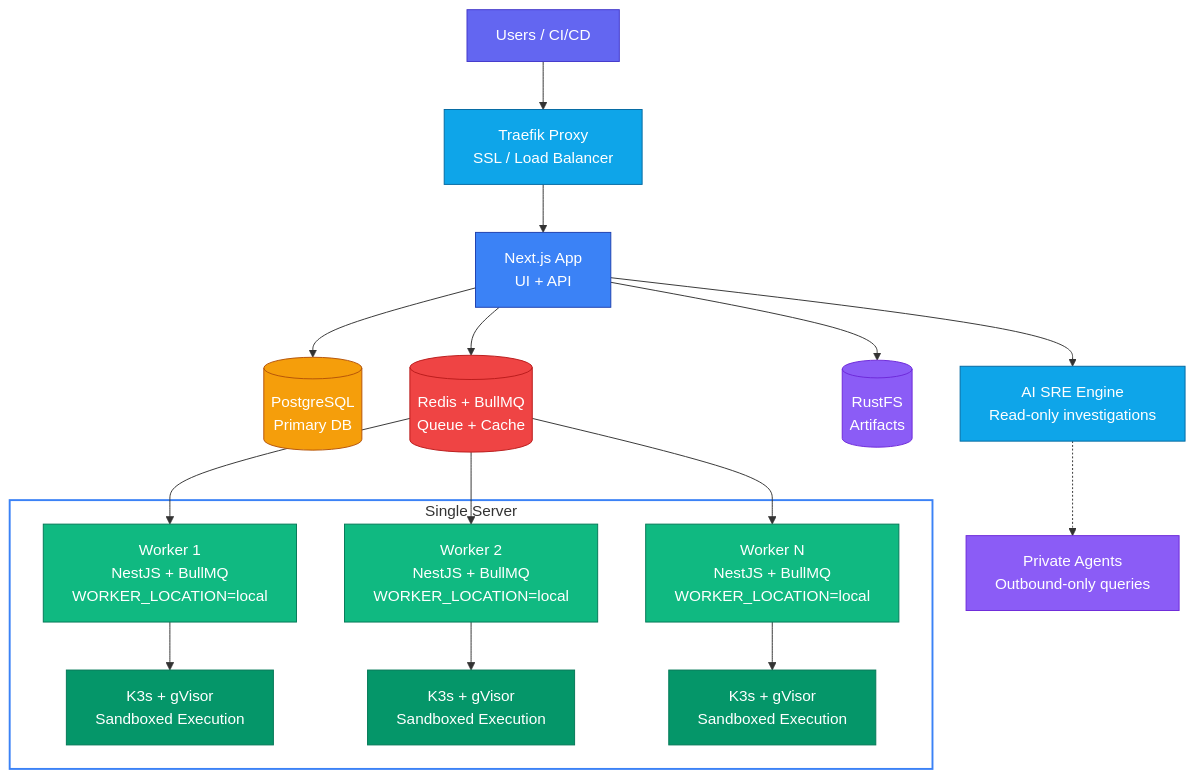
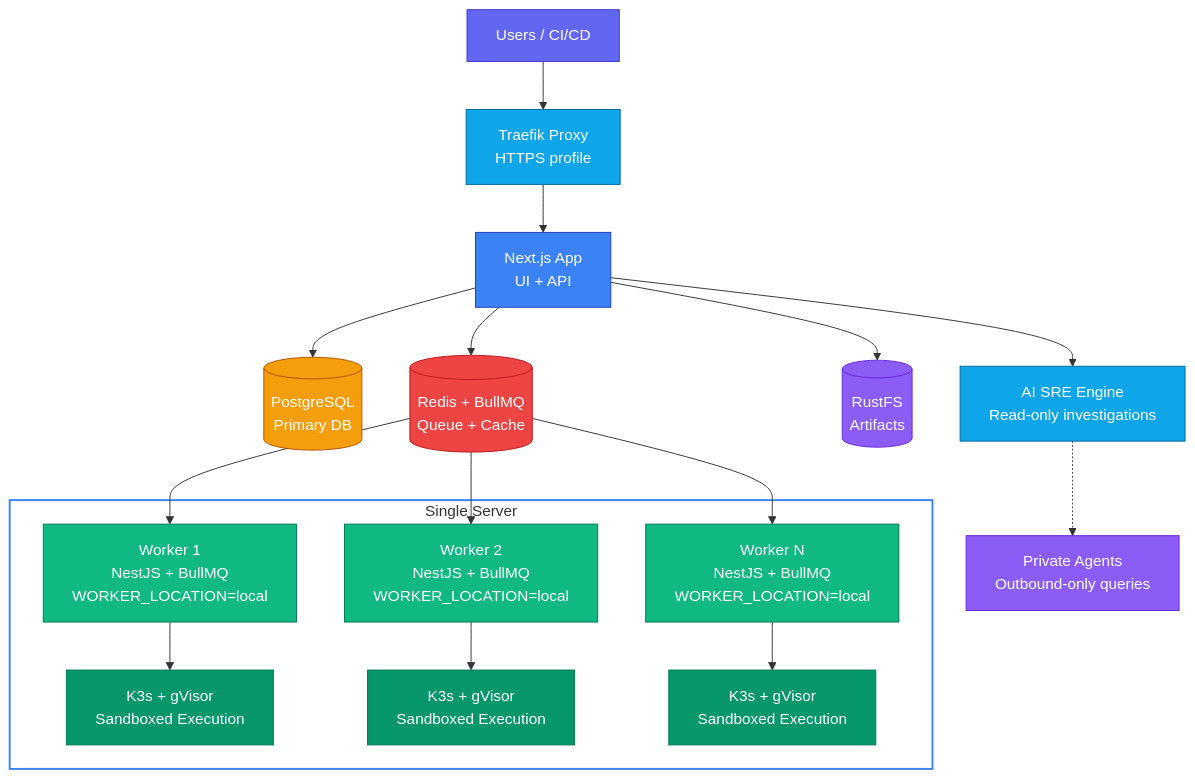
The diagram in docs/content/docs/app/deployment/self-hosted.mdx (supercheck-io/supercheck), drawn with Mermaid before and after one commit. The commit also changed other lines of this file and 16 other files, not shown here.

````diff
--- a/docs/content/docs/app/deployment/self-hosted.mdx
+++ b/docs/content/docs/app/deployment/self-hosted.mdx
@@ -16,34 +16,34 @@
 ```mermaid
 flowchart TB
-    Users[Users / CI/CD] --> T[Traefik Proxy<br/>SSL / Load Balancer]
+    Users[Users / CI/CD] --> T[Traefik Proxy<br/>HTTPS profile]
     T --> App[Next.js App<br/>UI + API]
     App --> DB[(PostgreSQL<br/>Primary DB)] & Redis[(Redis + BullMQ<br/>Queue + Cache)] & S3[(RustFS<br/>Artifacts)]
     App --> SRE[AI SRE Engine<br/>Read-only investigations]
     SRE -.-> Private[Private Agents<br/>Outbound-only queries]
 
     Redis --> W1
     Redis --> W2
     Redis --> WN
 
     subgraph SERVER["Single Server"]
         W1[Worker 1<br/>NestJS + BullMQ<br/>WORKER_LOCATION=local] --> K3S_1[K3s + gVisor<br/>Sandboxed Execution]
         W2[Worker 2<br/>NestJS + BullMQ<br/>WORKER_LOCATION=local] --> K3S_2[K3s + gVisor<br/>Sandboxed Execution]
         WN[Worker N<br/>NestJS + BullMQ<br/>WORKER_LOCATION=local] --> K3S_N[K3s + gVisor<br/>Sandboxed Execution]
     end
 
     style Users fill:#6366f1,stroke:#4338ca,color:#fff
     style T fill:#0ea5e9,stroke:#0369a1,color:#fff
     style App fill:#3b82f6,stroke:#1e40af,color:#fff
     style DB fill:#f59e0b,stroke:#b45309,color:#fff
     style Redis fill:#ef4444,stroke:#b91c1c,color:#fff
     style S3 fill:#8b5cf6,stroke:#6d28d9,color:#fff
     style SRE fill:#0ea5e9,stroke:#0369a1,color:#fff
     style Private fill:#8b5cf6,stroke:#6d28d9,color:#fff
     style W1 fill:#10b981,stroke:#047857,color:#fff
     style W2 fill:#10b981,stroke:#047857,color:#fff
     style WN fill:#10b981,stroke:#047857,color:#fff
     style K3S_1 fill:#059669,stroke:#047857,color:#fff
     style K3S_2 fill:#059669,stroke:#047857,color:#fff
     style K3S_N fill:#059669,stroke:#047857,color:#fff
     style SERVER fill:none,stroke:#3b82f6,stroke-width:2px
 ```
````
